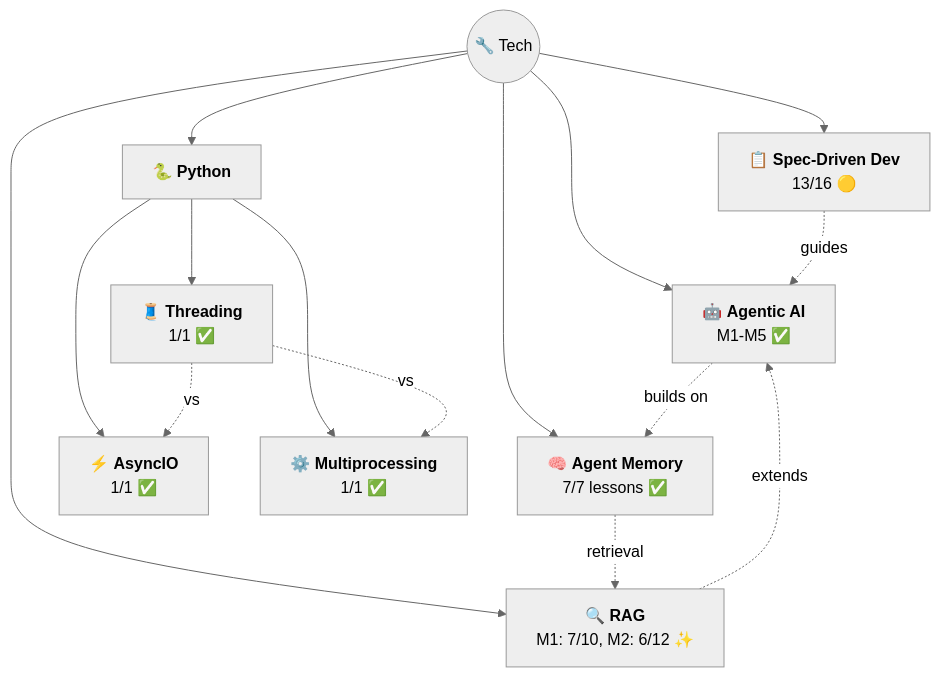
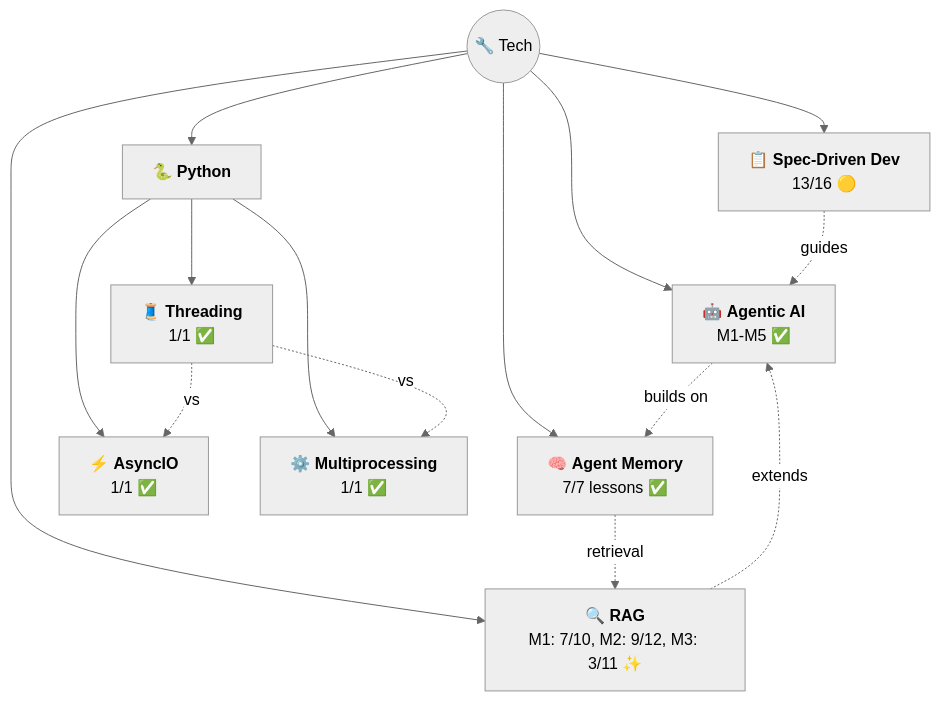
The diagram in _maps/tech.md (AyushSonuu/my-memory), drawn with Mermaid (neutral theme) before and after one commit. The commit also changed other lines of this file and 300 other files, not shown here.

````diff
--- a/_maps/tech.md
+++ b/_maps/tech.md
@@ -5,18 +5,18 @@
 ```mermaid
 graph TB
     T(("🔧 Tech"))
     T --> AG["🤖 <b>Agentic AI</b><br/>M1-M5 ✅"]
     T --> AM["🧠 <b>Agent Memory</b><br/>7/7 lessons ✅"]
-    T --> RAG["🔍 <b>RAG</b><br/>M1: 7/10, M2: 6/12 ✨"]
+    T --> RAG["🔍 <b>RAG</b><br/>M1: 7/10, M2: 9/12, M3: 3/11 ✨"]
     T --> PY["🐍 <b>Python</b>"]
     PY --> AIO["⚡ <b>AsyncIO</b><br/>1/1 ✅"]
     PY --> THR["🧵 <b>Threading</b><br/>1/1 ✅"]
     PY --> MP["⚙️ <b>Multiprocessing</b><br/>1/1 ✅"]
     AG -.->|"builds on"| AM
     AM -.->|"retrieval"| RAG
     RAG -.->|"extends"| AG
     T --> SDD["📋 <b>Spec-Driven Dev</b><br/>13/16 🟡"]
     SDD -.->|"guides"| AG
     THR -.->|"vs"| AIO
     THR -.->|"vs"| MP
 ```
````
